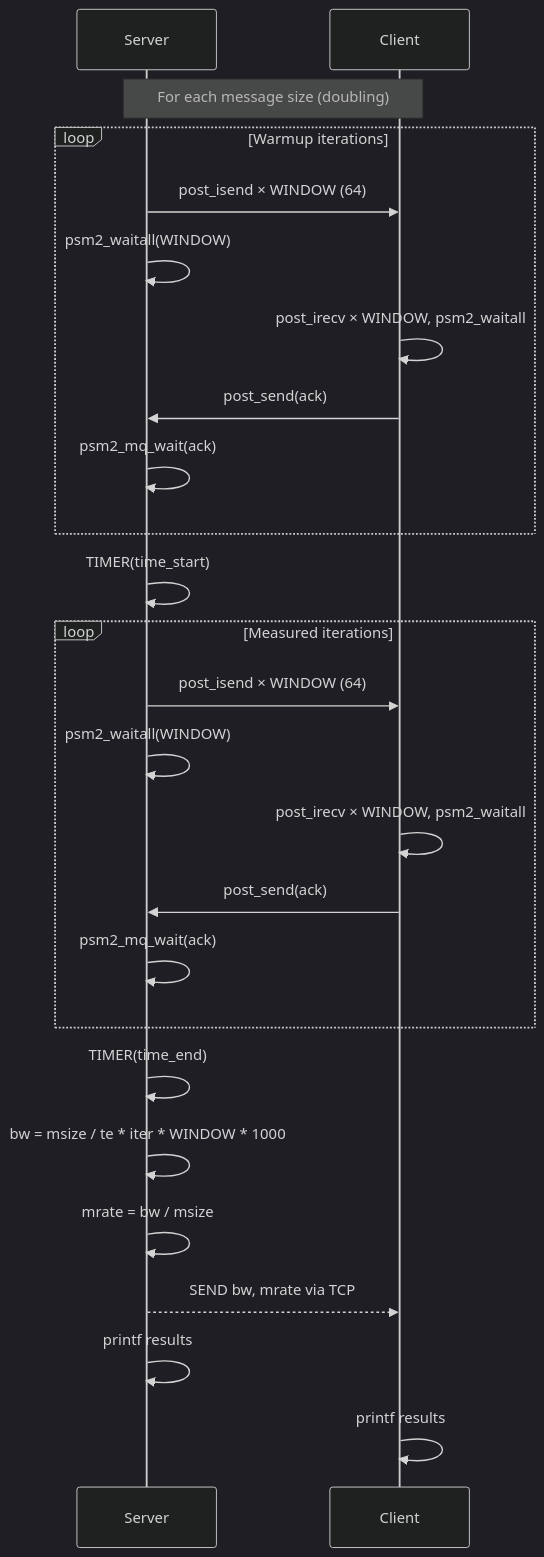
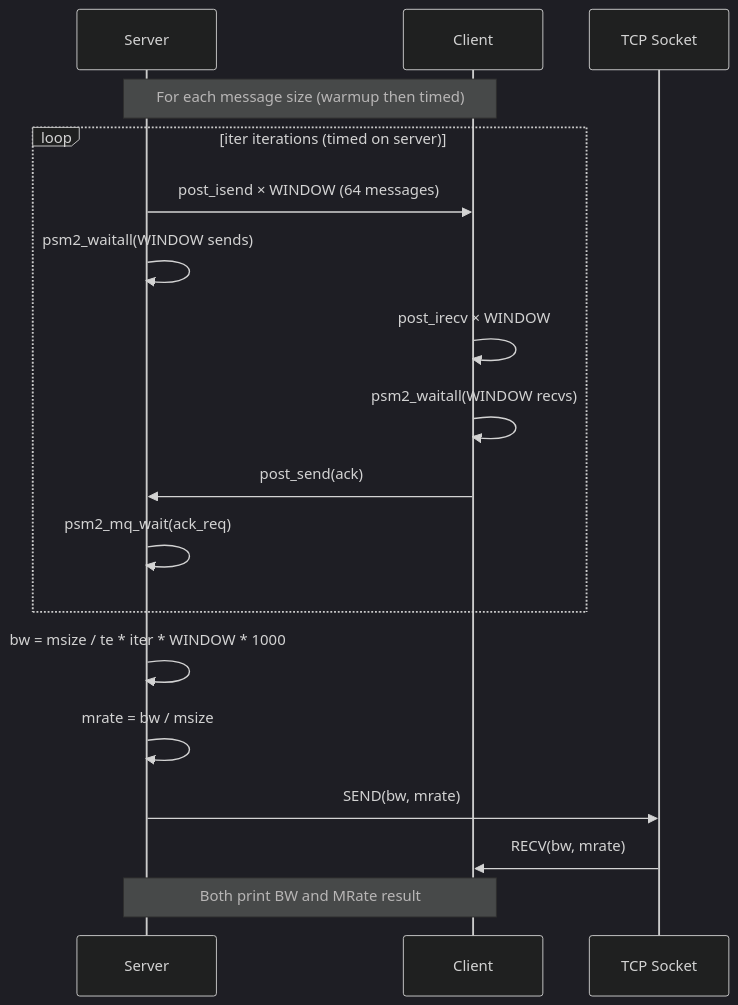
One commit to cornelisnetworks/opa-psm2-tests changed the fourth of 4 diagrams in docs/opa-psm2-tests.md. Above: the diagram before and after it, drawn with Mermaid (dark theme). The commit also changed other lines of this file, not shown here.

````diff
--- a/docs/opa-psm2-tests.md
+++ b/docs/opa-psm2-tests.md
@@ -118,33 +103,21 @@
 ```mermaid
 sequenceDiagram
     participant Server
     participant Client
+    participant TCP as TCP Socket
 
-    Note over Server,Client: For each message size (doubling)
-
-    loop Warmup iterations
-        Server->>Client: post_isend × WINDOW (64)
-        Server->>Server: psm2_waitall(WINDOW)
-        Client->>Client: post_irecv × WINDOW, psm2_waitall
+    Note over Server,Client: For each message size (warmup then timed)
+    loop iter iterations (timed on server)
+        Server->>Client: post_isend × WINDOW (64 messages)
+        Server->>Server: psm2_waitall(WINDOW sends)
+        Client->>Client: post_irecv × WINDOW
+        Client->>Client: psm2_waitall(WINDOW recvs)
         Client->>Server: post_send(ack)
-        Server->>Server: psm2_mq_wait(ack)
+        Server->>Server: psm2_mq_wait(ack_req)
     end
-
-    Server->>Server: TIMER(time_start)
-
-    loop Measured iterations
-        Server->>Client: post_isend × WINDOW (64)
-        Server->>Server: psm2_waitall(WINDOW)
-        Client->>Client: post_irecv × WINDOW, psm2_waitall
-        Client->>Server: post_send(ack)
-        Server->>Server: psm2_mq_wait(ack)
-    end
-
-    Server->>Server: TIMER(time_end)
     Server->>Server: bw = msize / te * iter * WINDOW * 1000
     Server->>Server: mrate = bw / msize
-
-    Server-->>Client: SEND bw, mrate via TCP
-    Server->>Server: printf results
-    Client->>Client: printf results
+    Server->>TCP: SEND(bw, mrate)
+    TCP->>Client: RECV(bw, mrate)
+    Note over Server,Client: Both print BW and MRate result
 ```
````
